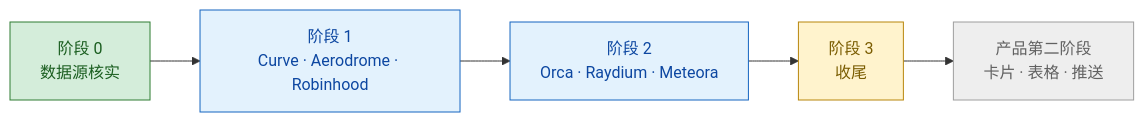
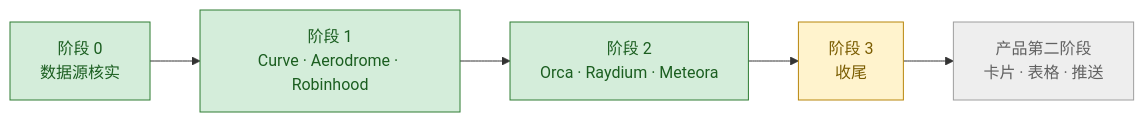
The first of 3 diagrams in protocol-docs/lp-market-3.0-brief.md (JulyWA/lp-monitor-3.0-snapshot), drawn with Mermaid before and after one commit. The commit also changed other lines of this file and 4 other files, not shown here.

````diff
--- a/protocol-docs/lp-market-3.0-brief.md
+++ b/protocol-docs/lp-market-3.0-brief.md
@@ -9,8 +9,8 @@
 ```mermaid
 flowchart LR
-  S0["阶段 0<br/>数据源核实"]:::done --> S1["阶段 1<br/>Curve · Aerodrome · Robinhood"]:::cond --> S2["阶段 2<br/>Orca · Raydium · Meteora"]:::cond --> S3["阶段 3<br/>收尾"]:::doing --> P2["产品第二阶段<br/>卡片 · 表格 · 推送"]:::todo
+  S0["阶段 0<br/>数据源核实"]:::done --> S1["阶段 1<br/>Curve · Aerodrome · Robinhood"]:::done --> S2["阶段 2<br/>Orca · Raydium · Meteora"]:::done --> S3["阶段 3<br/>收尾"]:::doing --> P2["产品第二阶段<br/>卡片 · 表格 · 推送"]:::todo
   classDef done fill:#d4edda,stroke:#2e7d32,color:#1b5e20
   classDef cond fill:#e3f2fd,stroke:#1565c0,color:#0d47a1
   classDef doing fill:#fff3cd,stroke:#b8860b,color:#7a5c00
   classDef todo fill:#eeeeee,stroke:#9e9e9e,color:#616161
 ```
````
